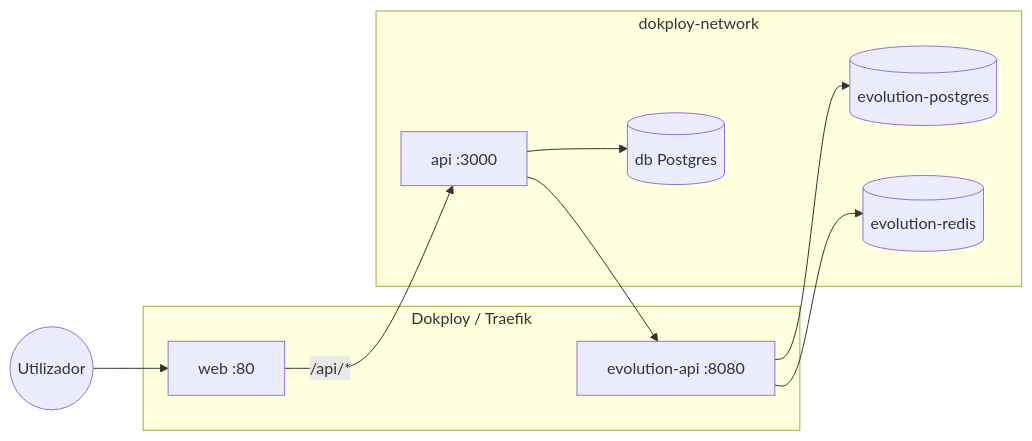
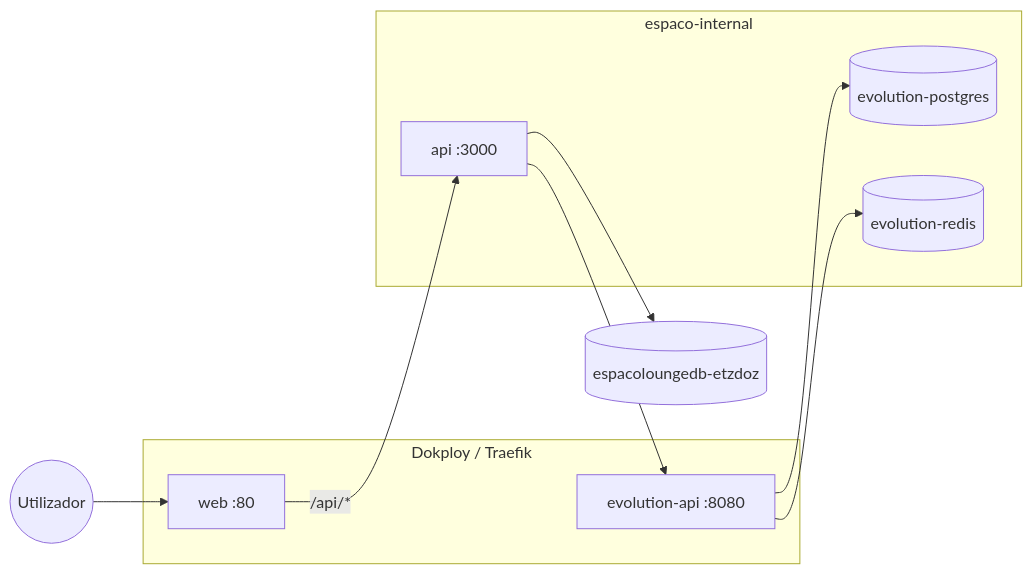
Before and after one commit to beAndrade/ERP-EspacoLounge: the diagram in docs/DOKPLOY.md, drawn with Mermaid. The commit also changed other lines of this file and 3 other files, not shown here.

````diff
--- a/docs/DOKPLOY.md
+++ b/docs/DOKPLOY.md
@@ -9,19 +9,19 @@
 ```mermaid
 flowchart LR
   subgraph dokploy [Dokploy / Traefik]
     WEB[web :80]
     EVO[evolution-api :8080]
   end
-  subgraph interno [dokploy-network]
+  subgraph interno [espaco-internal]
     API[api :3000]
-    DB[(db Postgres)]
     EDB[(evolution-postgres)]
     REDIS[(evolution-redis)]
   end
+  DB[(espacoloungedb-etzdoz)]
   User((Utilizador)) --> WEB
   WEB -->|/api/*| API
   API --> DB
   API --> EVO
   EVO --> EDB
   EVO --> REDIS
 ```
````
